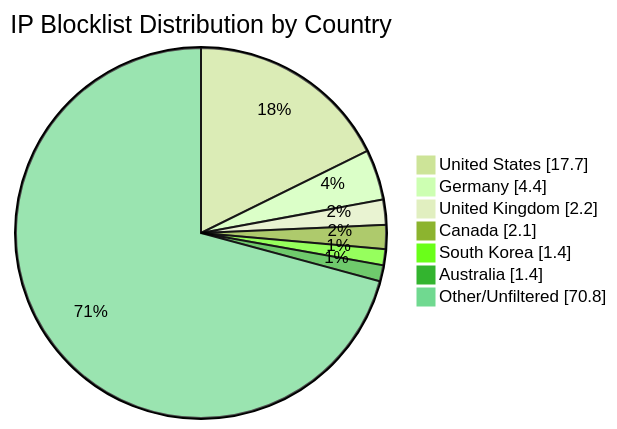
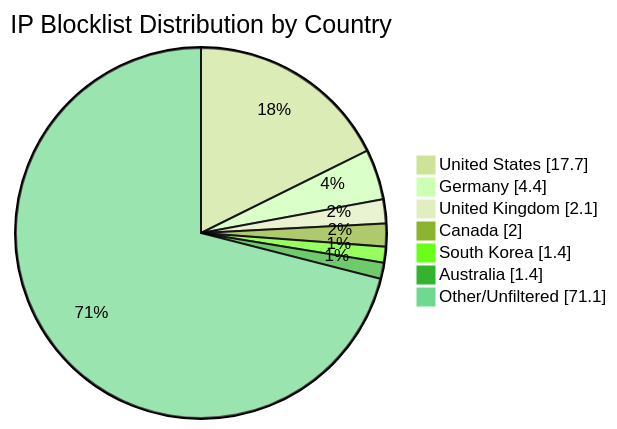
Before and after one commit to MarcusHoltz/ipblocklist-geofiltered-aggregator: the diagram in README.md, drawn with Mermaid (forest theme). The commit also changed other lines of this file and 9 other files, not shown here.

````diff
--- a/README.md
+++ b/README.md
@@ -34,10 +34,10 @@
 ```mermaid
 pie showData title IP Blocklist Distribution by Country
 "United States" : 17.7
 "Germany" : 4.4
-"United Kingdom" : 2.2
-"Canada" : 2.1
+"United Kingdom" : 2.1
+"Canada" : 2.0
 "South Korea" : 1.4
 "Australia" : 1.4
-"Other/Unfiltered" : 70.8
+"Other/Unfiltered" : 71.1
 ```
````
